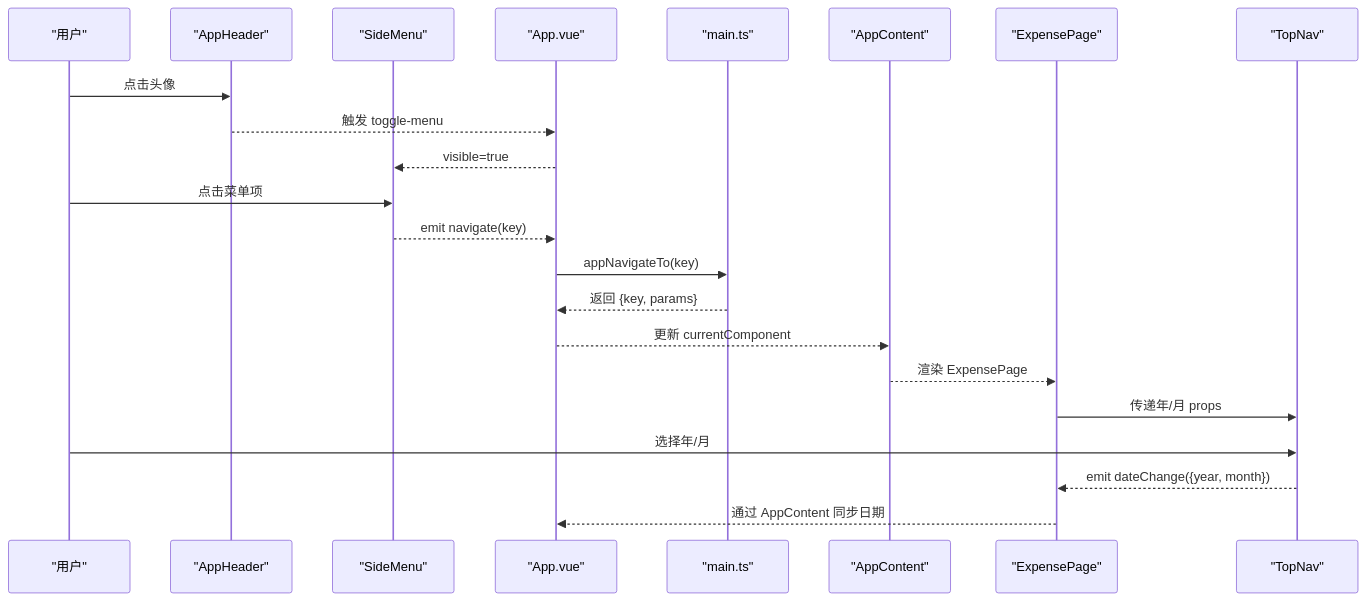
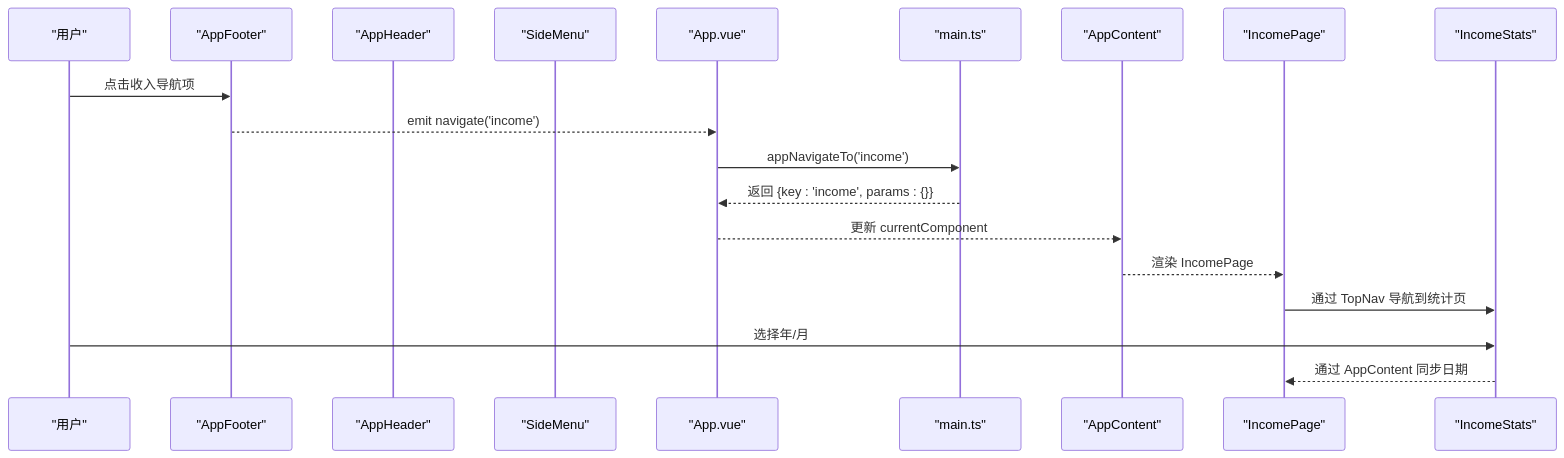
One commit to xiao-lin-unit/yuan changed the second of 7 diagrams in .qoder/repowiki/zh/content/UI组件/导航组件.md. Above: the diagram before and after it, drawn with Mermaid. The commit also changed other lines of this file and 62 other files, not shown here.

````diff
--- a/.qoder/repowiki/zh/content/UI组件/导航组件.md
+++ b/.qoder/repowiki/zh/content/UI组件/导航组件.md
@@ -139,24 +155,21 @@
 ```mermaid
 sequenceDiagram
 participant U as "用户"
+participant AF as "AppFooter"
 participant AH as "AppHeader"
 participant SM as "SideMenu"
 participant App as "App.vue"
 participant Main as "main.ts"
 participant AC as "AppContent"
-participant EP as "ExpensePage"
-participant TN as "TopNav"
-U->>AH : 点击头像
-AH-->>App : 触发 toggle-menu
-App-->>SM : visible=true
-U->>SM : 点击菜单项
-SM-->>App : emit navigate(key)
-App->>Main : appNavigateTo(key)
-Main-->>App : 返回 {key, params}
+participant IP as "IncomePage"
+participant AS as "IncomeStats"
+U->>AF : 点击收入导航项
+AF-->>App : emit navigate('income')
+App->>Main : appNavigateTo('income')
+Main-->>App : 返回 {key : 'income', params : {}}
 App-->>AC : 更新 currentComponent
-AC-->>EP : 渲染 ExpensePage
-EP->>TN : 传递年/月 props
-U->>TN : 选择年/月
-TN-->>EP : emit dateChange({year, month})
-EP-->>App : 通过 AppContent 同步日期
+AC-->>IP : 渲染 IncomePage
+IP->>AS : 通过 TopNav 导航到统计页
+U->>AS : 选择年/月
+AS-->>IP : 通过 AppContent 同步日期
 ```
````
